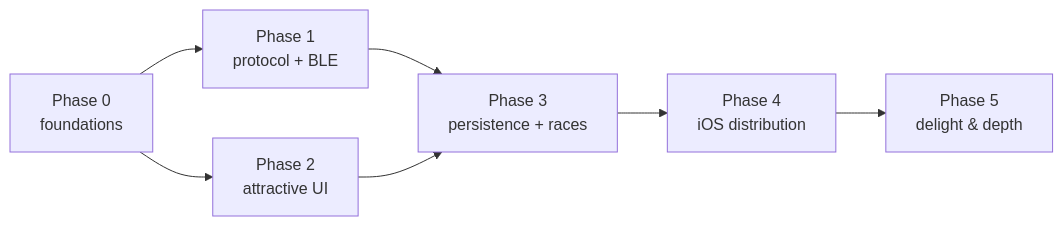
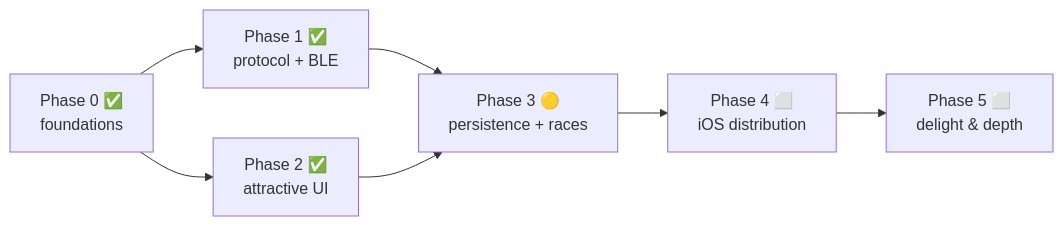
The diagram in docs/ROADMAP.md (burkben/HotWheelsID), drawn with Mermaid before and after one commit. The commit also changed other lines of this file, not shown here.

First line of the commit message:
docs: refresh ROADMAP to reflect shipped phases 0–2 and live telemetry

````diff
--- a/docs/ROADMAP.md
+++ b/docs/ROADMAP.md
@@ -138,9 +160,9 @@
 ```mermaid
 flowchart LR
-    P0[Phase 0<br/>foundations] --> P1[Phase 1<br/>protocol + BLE]
-    P0 --> P2[Phase 2<br/>attractive UI]
-    P1 --> P3[Phase 3<br/>persistence + races]
+    P0["Phase 0 ✅<br/>foundations"] --> P1["Phase 1 ✅<br/>protocol + BLE"]
+    P0 --> P2["Phase 2 ✅<br/>attractive UI"]
+    P1 --> P3["Phase 3 🟡<br/>persistence + races"]
     P2 --> P3
-    P3 --> P4[Phase 4<br/>iOS distribution]
-    P4 --> P5[Phase 5<br/>delight & depth]
+    P3 --> P4["Phase 4 ⬜<br/>iOS distribution"]
+    P4 --> P5["Phase 5 ⬜<br/>delight & depth"]
 ```
````
